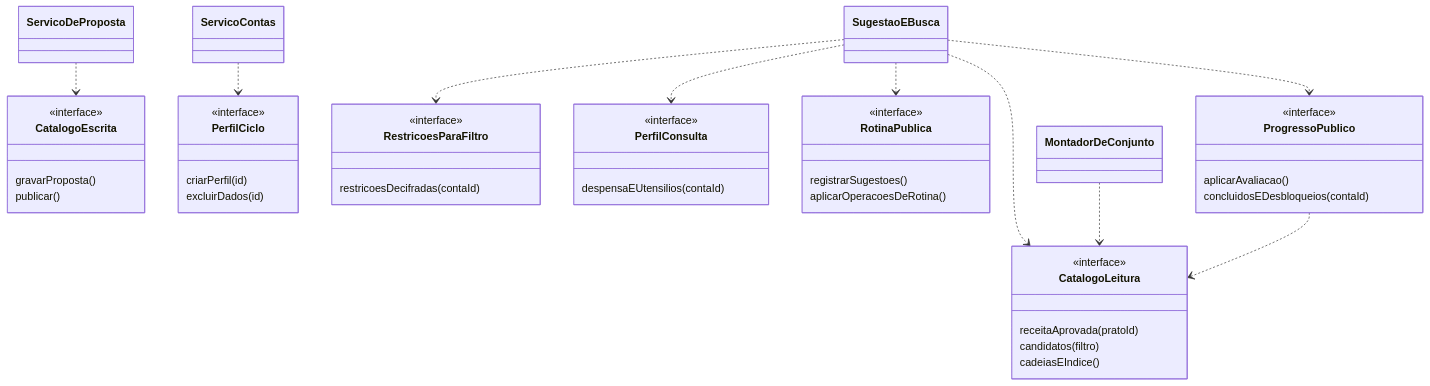
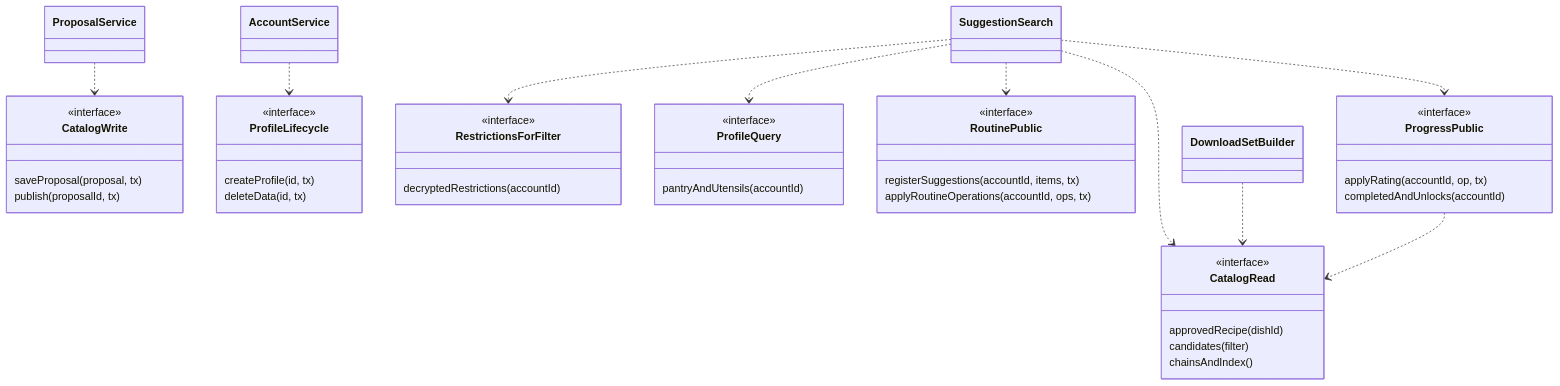
One commit to AnnyFilgueiras/projeto_tsi changed the second of 11 diagrams in docs/fase2/2.6-diagramas_fluxos_contratos/diagrama-classes.md. Above: the diagram before and after it, drawn with Mermaid. The commit also changed other lines of this file and 4 other files, not shown here.

Commit message:
docs: update class diagram and sequences to v1.1 (English identifiers, Tx)

````diff
--- a/docs/fase2/2.6-diagramas_fluxos_contratos/diagrama-classes.md
+++ b/docs/fase2/2.6-diagramas_fluxos_contratos/diagrama-classes.md
@@ -93,46 +102,46 @@
 ```mermaid
 classDiagram
-  class CatalogoLeitura {
+  class CatalogRead {
     <<interface>>
-    receitaAprovada(pratoId)
-    candidatos(filtro)
-    cadeiasEIndice()
+    approvedRecipe(dishId)
+    candidates(filter)
+    chainsAndIndex()
   }
-  class CatalogoEscrita {
+  class CatalogWrite {
     <<interface>>
-    gravarProposta()
-    publicar()
+    saveProposal(proposal, tx)
+    publish(proposalId, tx)
   }
-  class PerfilCiclo {
+  class ProfileLifecycle {
     <<interface>>
-    criarPerfil(id)
-    excluirDados(id)
+    createProfile(id, tx)
+    deleteData(id, tx)
   }
-  class RestricoesParaFiltro {
+  class RestrictionsForFilter {
     <<interface>>
-    restricoesDecifradas(contaId)
+    decryptedRestrictions(accountId)
   }
-  class PerfilConsulta {
+  class ProfileQuery {
     <<interface>>
-    despensaEUtensilios(contaId)
+    pantryAndUtensils(accountId)
   }
-  class RotinaPublica {
+  class RoutinePublic {
     <<interface>>
-    registrarSugestoes()
-    aplicarOperacoesDeRotina()
+    registerSuggestions(accountId, items, tx)
+    applyRoutineOperations(accountId, ops, tx)
   }
-  class ProgressoPublico {
+  class ProgressPublic {
     <<interface>>
-    aplicarAvaliacao()
-    concluidosEDesbloqueios(contaId)
+    applyRating(accountId, op, tx)
+    completedAndUnlocks(accountId)
   }
-  ServicoDeProposta ..> CatalogoEscrita
-  SugestaoEBusca ..> CatalogoLeitura
-  SugestaoEBusca ..> RestricoesParaFiltro
-  SugestaoEBusca ..> PerfilConsulta
-  SugestaoEBusca ..> RotinaPublica
-  SugestaoEBusca ..> ProgressoPublico
-  MontadorDeConjunto ..> CatalogoLeitura
-  ServicoContas ..> PerfilCiclo
-  ProgressoPublico ..> CatalogoLeitura
+  ProposalService ..> CatalogWrite
+  SuggestionSearch ..> CatalogRead
+  SuggestionSearch ..> RestrictionsForFilter
+  SuggestionSearch ..> ProfileQuery
+  SuggestionSearch ..> RoutinePublic
+  SuggestionSearch ..> ProgressPublic
+  DownloadSetBuilder ..> CatalogRead
+  AccountService ..> ProfileLifecycle
+  ProgressPublic ..> CatalogRead
 ```
````
